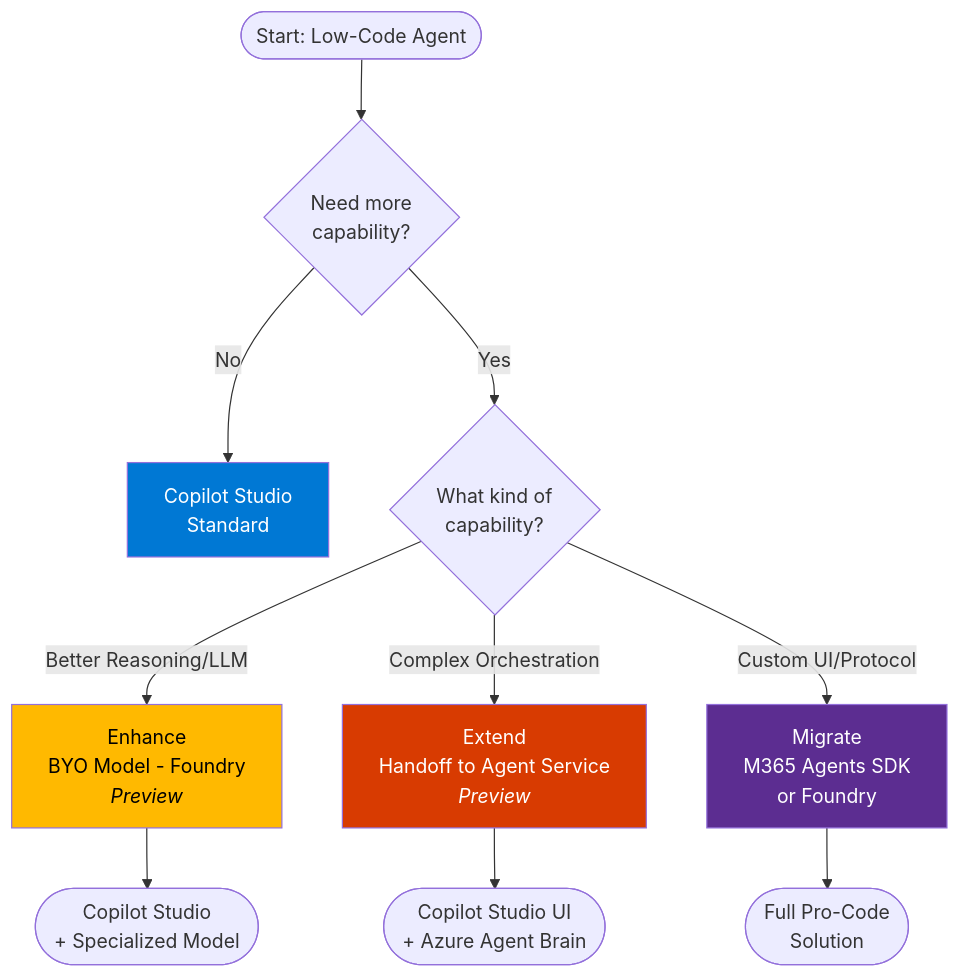
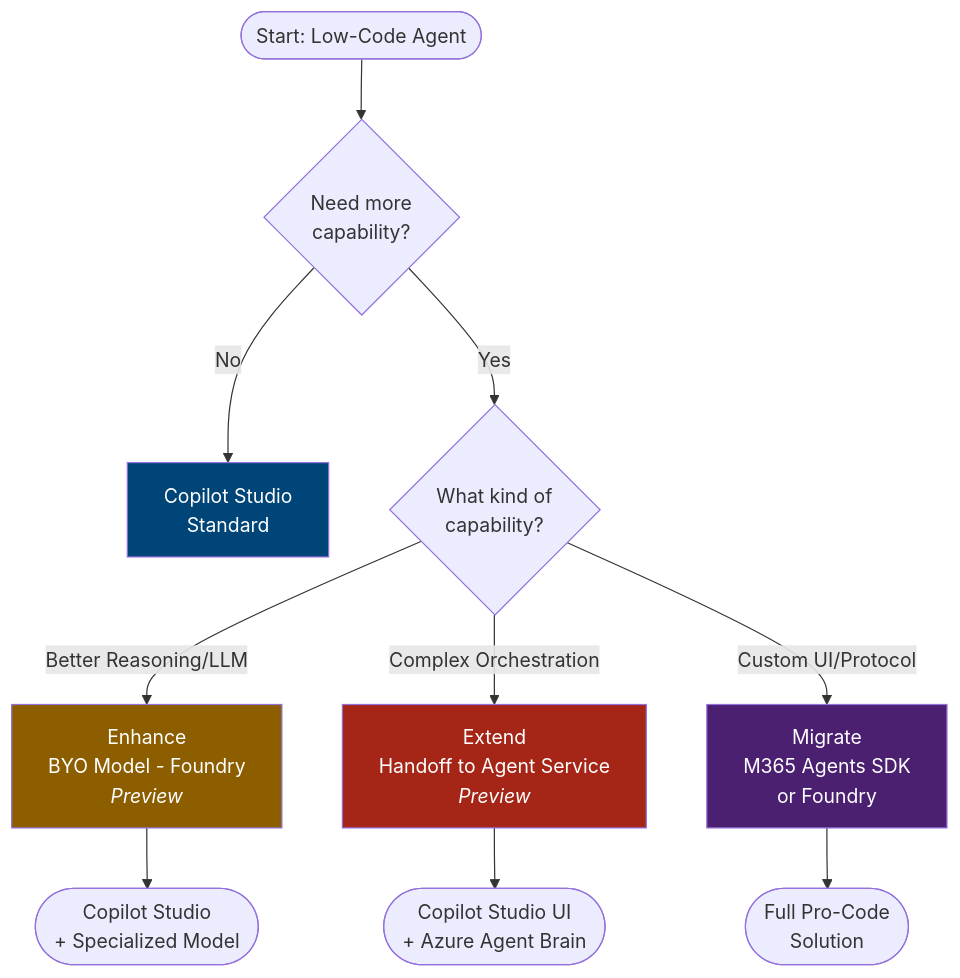
Before and after one commit to microsoft/Microsoft-AI-Decision-Framework: the eighth of 8 diagrams in docs/visual-framework.md, drawn with Mermaid. The commit also changed other lines of this file and 11 other files, not shown here.

Commit message:
docs: refresh devcontainer guidance and mermaid palette

````diff
--- a/docs/visual-framework.md
+++ b/docs/visual-framework.md
@@ -744,20 +744,20 @@
 ```mermaid
 flowchart TD
     Start([Start: Low-Code Agent]) --> Q1{Need more<br/>capability?}
     
     Q1 -->|No| Stay[Copilot Studio<br/>Standard]
     Q1 -->|Yes| Q2{What kind of<br/>capability?}
     
     Q2 -->|Better Reasoning/LLM| Path1[Enhance<br/>BYO Model - Foundry<br/><i>Preview</i>]
     Q2 -->|Complex Orchestration| Path2[Extend<br/>Handoff to Agent Service<br/><i>Preview</i>]
     Q2 -->|Custom UI/Protocol| Path3[Migrate<br/>M365 Agents SDK<br/>or Foundry]
     
     Path1 --> Result1([Copilot Studio<br/>+ Specialized Model])
     Path2 --> Result2([Copilot Studio UI<br/>+ Azure Agent Brain])
     Path3 --> Result3([Full Pro-Code<br/>Solution])
     
-    style Stay fill:#0078D4,color:#fff
-    style Path1 fill:#FFB900,color:#000
-    style Path2 fill:#D83B01,color:#fff
-    style Path3 fill:#5C2D91,color:#fff
+    style Stay fill:#004578,color:#fff
+    style Path1 fill:#8c5e00,color:#fff
+    style Path2 fill:#a52617,color:#fff
+    style Path3 fill:#4b2070,color:#fff
 ```
````
